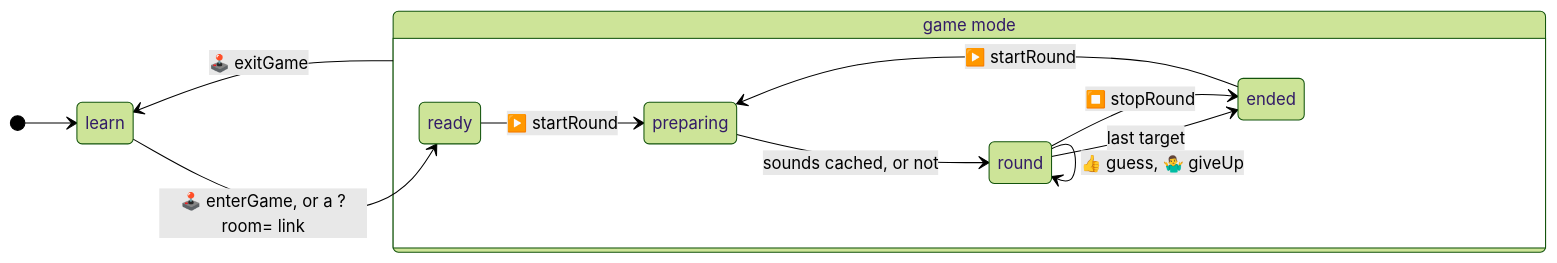
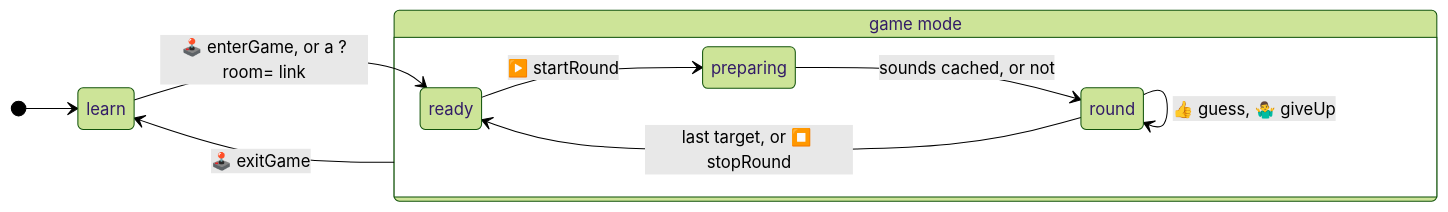
The first of 2 diagrams in ARCHITECTURE.md (amerharb/sawt), drawn with Mermaid (forest theme) before and after one commit. The commit also changed other lines of this file and 74 other files, not shown here.

````diff
--- a/ARCHITECTURE.md
+++ b/ARCHITECTURE.md
@@ -359,16 +359,14 @@
 ```mermaid
 stateDiagram-v2
     direction LR
     [*] --> learn
     learn --> ready : 🕹️ enterGame, or a ?room= link
     state "game mode" as game {
         direction LR
         ready --> preparing : ▶️ startRound
         preparing --> round : sounds cached, or not
         round --> round : 👍 guess, 🤷‍♂️ giveUp
-        round --> ended : last target
-        round --> ended : ⏹️ stopRound
-        ended --> preparing : ▶️ startRound
+        round --> ready : last target, or ⏹️ stopRound
     }
     game --> learn : 🕹️ exitGame
 ```
````
